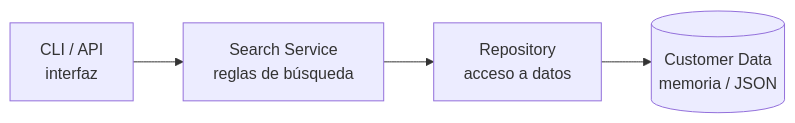
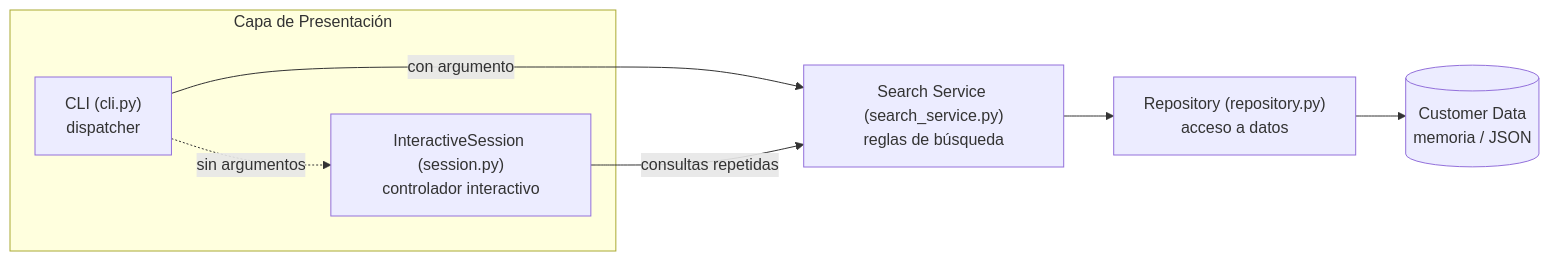
The diagram in ARCHITECTURE.md (JoseMurc/ada-05-spec-driven-feature), drawn with Mermaid before and after one commit. The commit also changed other lines of this file and 6 other files, not shown here.

First line of the commit message:
T-09: traceability and documentation update for interactive CLI

````diff
--- a/ARCHITECTURE.md
+++ b/ARCHITECTURE.md
@@ -6,6 +6,12 @@
 ```mermaid
 flowchart LR
-    A[CLI / API<br/>interfaz] --> B[Search Service<br/>reglas de búsqueda]
-    B --> C[Repository<br/>acceso a datos]
-    C --> D[(Customer Data<br/>memoria / JSON)]
+    subgraph Presentation["Capa de Presentación"]
+        A["CLI (cli.py)<br/>dispatcher"]
+        S["InteractiveSession (session.py)<br/>controlador interactivo"]
+        A -. sin argumentos .-> S
+    end
+    A -->|con argumento| B["Search Service (search_service.py)<br/>reglas de búsqueda"]
+    S -->|consultas repetidas| B
+    B --> C["Repository (repository.py)<br/>acceso a datos"]
+    C --> D[("Customer Data<br/>memoria / JSON")]
 ```
````
